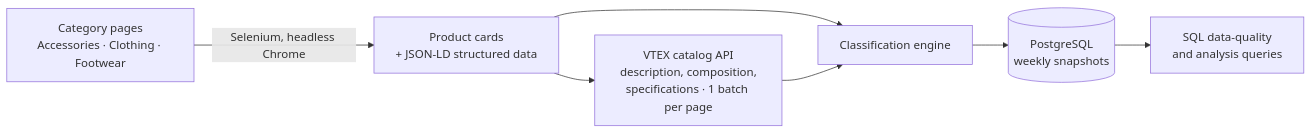
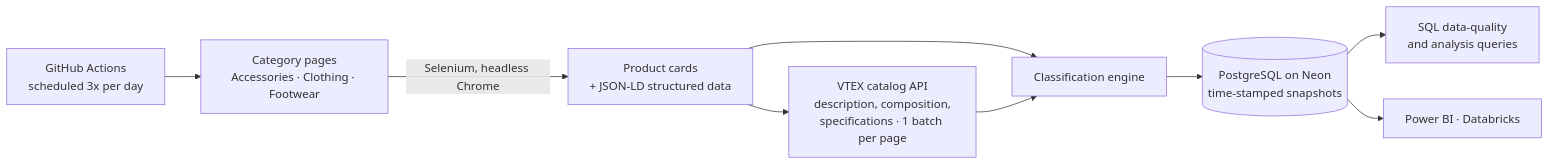
The first of 2 diagrams in README.md (COPEREZP/colloky-pricing-intelligence), drawn with Mermaid before and after one commit. The commit also changed other lines of this file, not shown here.

````diff
--- a/README.md
+++ b/README.md
@@ -38,9 +43,11 @@
 ```mermaid
 flowchart LR
+    S[GitHub Actions<br/>scheduled 3x per day] --> A
     A[Category pages<br/>Accessories · Clothing · Footwear] -->|Selenium, headless Chrome| B[Product cards<br/>+ JSON-LD structured data]
     B --> C[VTEX catalog API<br/>description, composition,<br/>specifications · 1 batch per page]
     B --> D[Classification engine]
     C --> D
-    D --> E[(PostgreSQL<br/>weekly snapshots)]
+    D --> E[(PostgreSQL on Neon<br/>time-stamped snapshots)]
     E --> F[SQL data-quality<br/>and analysis queries]
+    E --> G[Power BI · Databricks]
 ```
````
